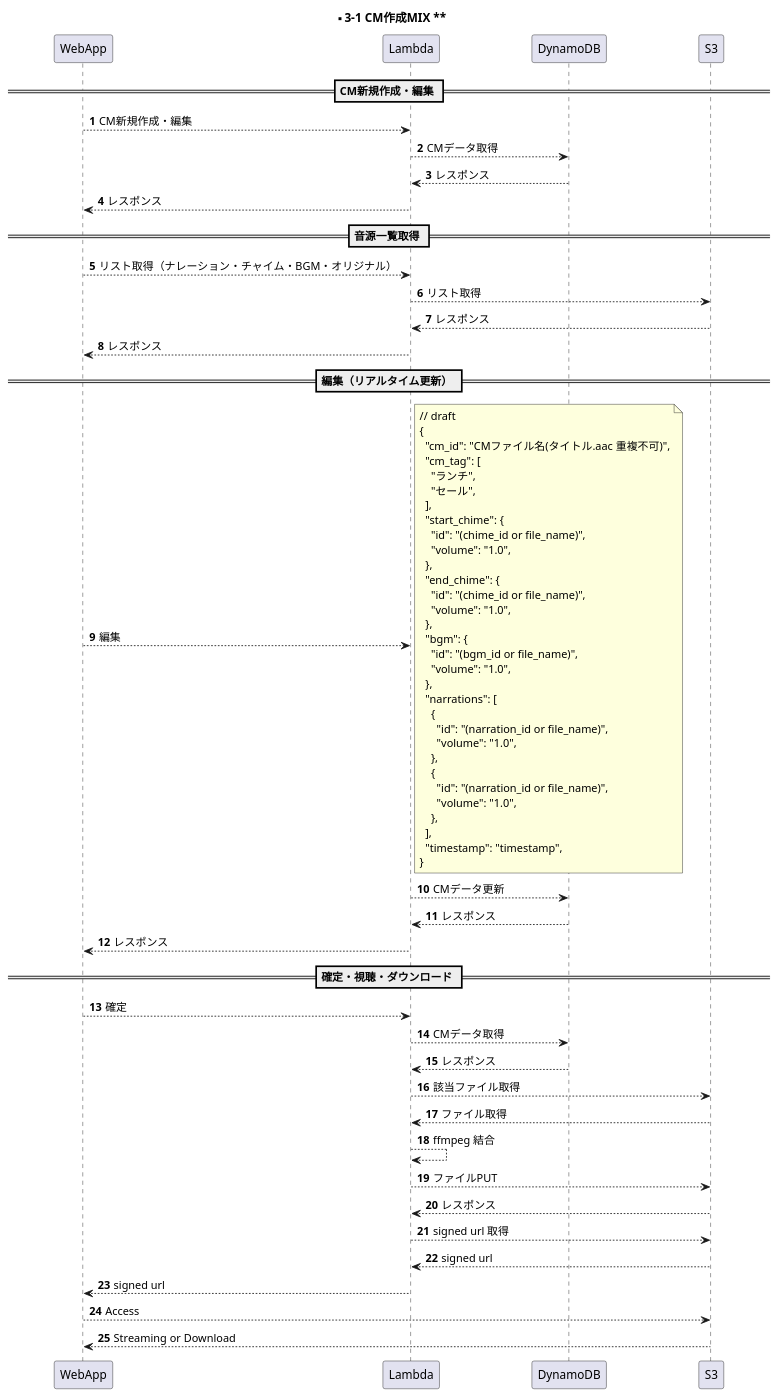
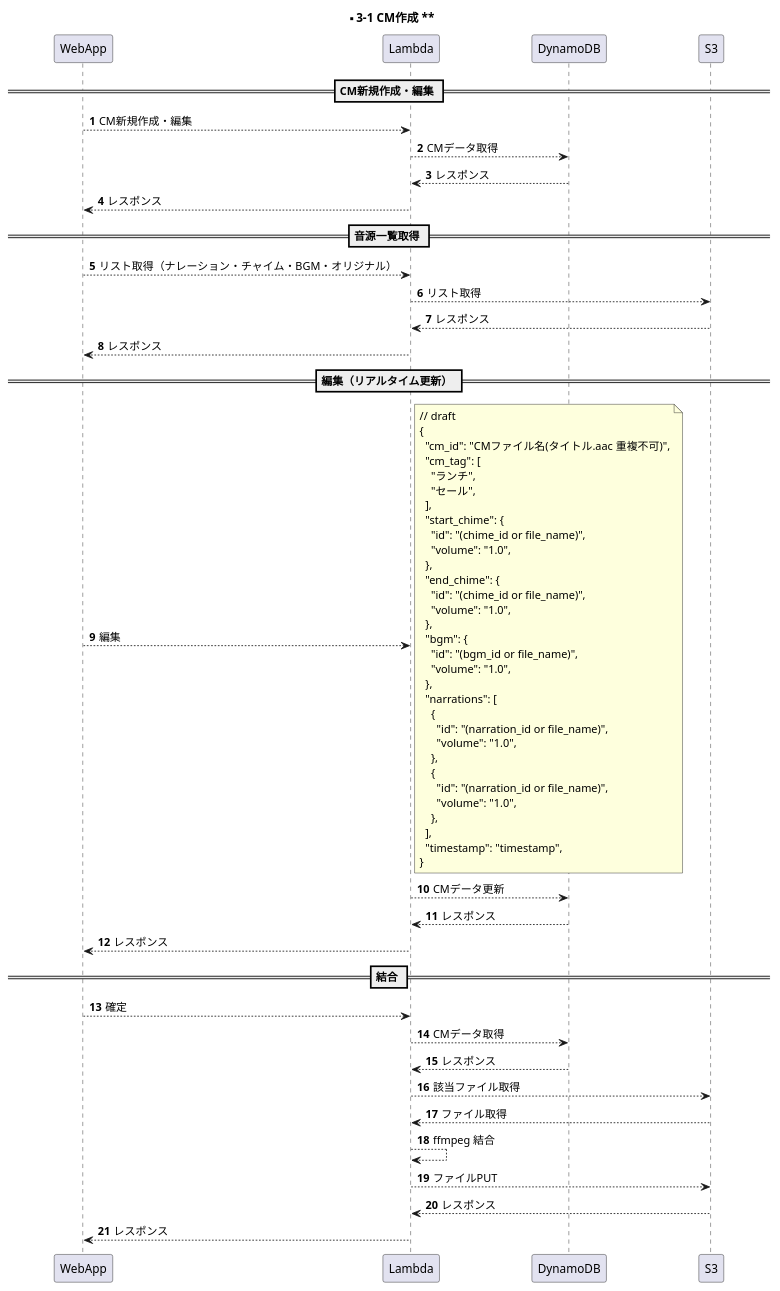
The diagram in documents/uml/s3-1.wsd (y-watanabe-usen/umesse-test), drawn with PlantUML before and after one commit. The commit also changed 7 other files, not shown here.

```diff
--- a/documents/uml/s3-1.wsd
+++ b/documents/uml/s3-1.wsd
@@ -1,78 +1,74 @@
 @startuml s3-1
 
 participant WebApp order 1
 participant Lambda order 2
 participant DynamoDB order 3
 participant S3 order 4
 skinparam ParticipantPadding 50
 autonumber
 
-title ** 3-1 CM作成MIX **
+title ** 3-1 CM作成 **
 
 == CM新規作成・編集 ==
 WebApp --> Lambda: CM新規作成・編集
 Lambda --> DynamoDB: CMデータ取得
 Lambda <-- DynamoDB: レスポンス
 WebApp <-- Lambda: レスポンス
 
 == 音源一覧取得 ==
 WebApp --> Lambda: リスト取得（ナレーション・チャイム・BGM・オリジナル）
 Lambda --> S3: リスト取得
 Lambda <-- S3: レスポンス
 WebApp <-- Lambda: レスポンス
 
 == 編集（リアルタイム更新） ==
 WebApp --> Lambda: 編集
 note right
 // draft
 {
   "cm_id": "CMファイル名(タイトル.aac 重複不可)",
   "cm_tag": [
     "ランチ",
     "セール",
   ],
   "start_chime": {
     "id": "(chime_id or file_name)",
     "volume": "1.0",
   },
   "end_chime": {
     "id": "(chime_id or file_name)",
     "volume": "1.0",
   },
   "bgm": {
     "id": "(bgm_id or file_name)",
     "volume": "1.0",
   },
   "narrations": [
     {
       "id": "(narration_id or file_name)",
       "volume": "1.0",
     },
     {
       "id": "(narration_id or file_name)",
       "volume": "1.0",
     },
   ],
   "timestamp": "timestamp",
 }
 end note
 Lambda --> DynamoDB: CMデータ更新
 Lambda <-- DynamoDB: レスポンス
 WebApp <-- Lambda: レスポンス
 
-== 確定・視聴・ダウンロード ==
+== 結合 ==
 WebApp --> Lambda: 確定
 Lambda --> DynamoDB: CMデータ取得
 Lambda <-- DynamoDB: レスポンス
 Lambda --> S3: 該当ファイル取得
 Lambda <-- S3: ファイル取得
 Lambda --> Lambda: ffmpeg 結合
 Lambda --> S3: ファイルPUT
 Lambda <-- S3: レスポンス
-Lambda --> S3: signed url 取得
-Lambda <-- S3: signed url
-WebApp <-- Lambda: signed url
-WebApp --> S3: Access
-WebApp <-- S3: Streaming or Download
+WebApp <-- Lambda: レスポンス
 
 @enduml
```
